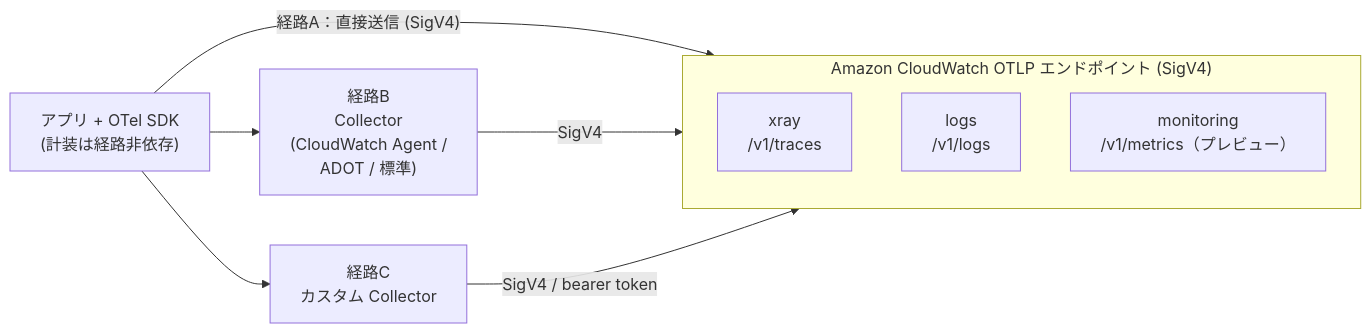
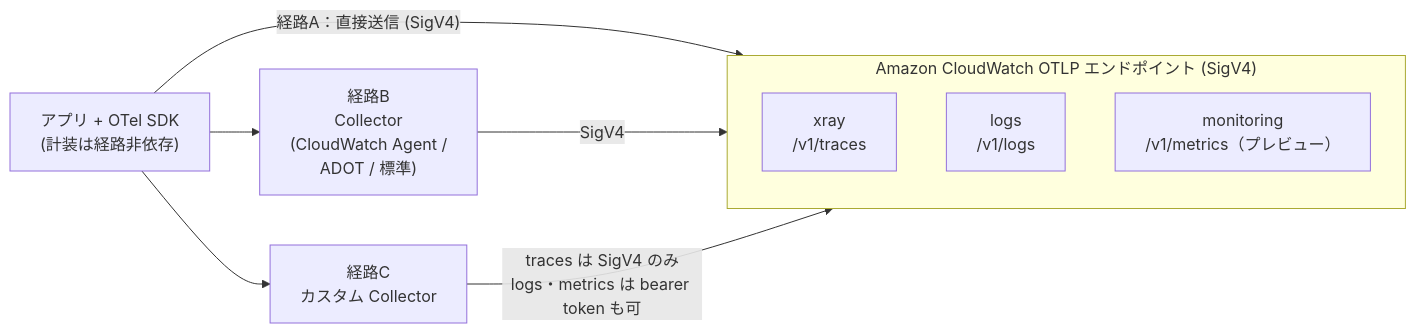
One commit to nnydtmg/zenn-articles changed the first of 3 diagrams in articles/aws-otel-2026.md. Above: the diagram before and after it, drawn with Mermaid. The commit also changed 2 other files, not shown here.

Commit message:
Clarify route C auth in 図1: traces are SigV4-only
bearer token は logs/metrics のみ対応のため、経路C→エンドポイントの
ラベルを「traces は SigV4 のみ / logs・metrics は bearer token も可」に修正。
mermaid・drawio・レンダリング済みSVGを更新。

Claude-Session: https://claude.ai/code/session_01Tdyd1xJmCtWsuC1ZxRfoUK

````diff
--- a/articles/aws-otel-2026.md
+++ b/articles/aws-otel-2026.md
@@ -41,18 +41,18 @@
 ```mermaid
 flowchart LR
     SDK["アプリ + OTel SDK<br/>(計装は経路非依存)"]
 
     SDK -->|"経路A：直接送信 (SigV4)"| EP
     SDK --> COLB["経路B<br/>Collector<br/>(CloudWatch Agent /<br/>ADOT / 標準)"]
     SDK --> COLC["経路C<br/>カスタム Collector"]
 
     COLB -->|"SigV4"| EP
-    COLC -->|"SigV4 / bearer token"| EP
+    COLC -->|"traces は SigV4 のみ<br/>logs・metrics は bearer token も可"| EP
 
     subgraph EP["Amazon CloudWatch OTLP エンドポイント (SigV4)"]
         direction TB
         XRAY["xray<br/>/v1/traces"]
         LOGS["logs<br/>/v1/logs"]
         MON["monitoring<br/>/v1/metrics（プレビュー）"]
     end
 ```
````
